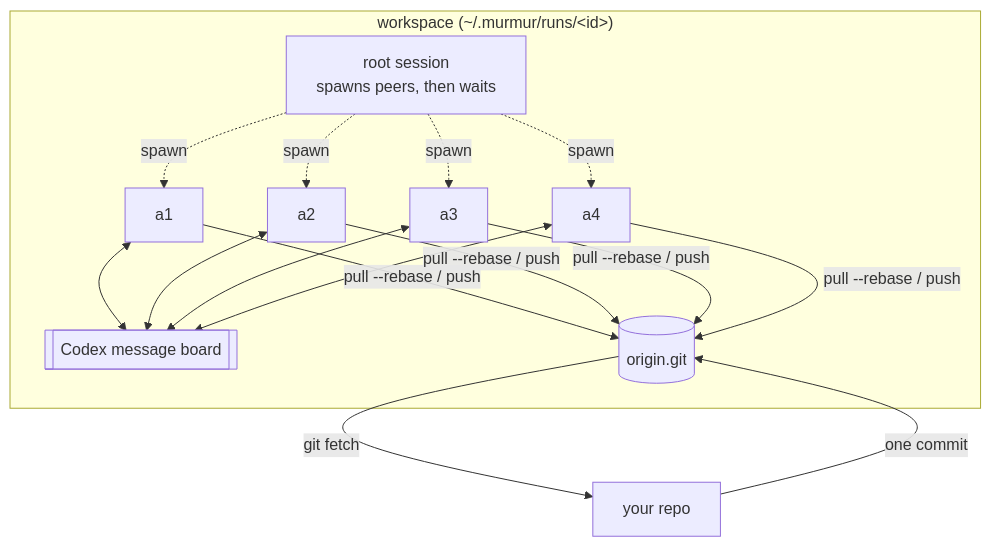
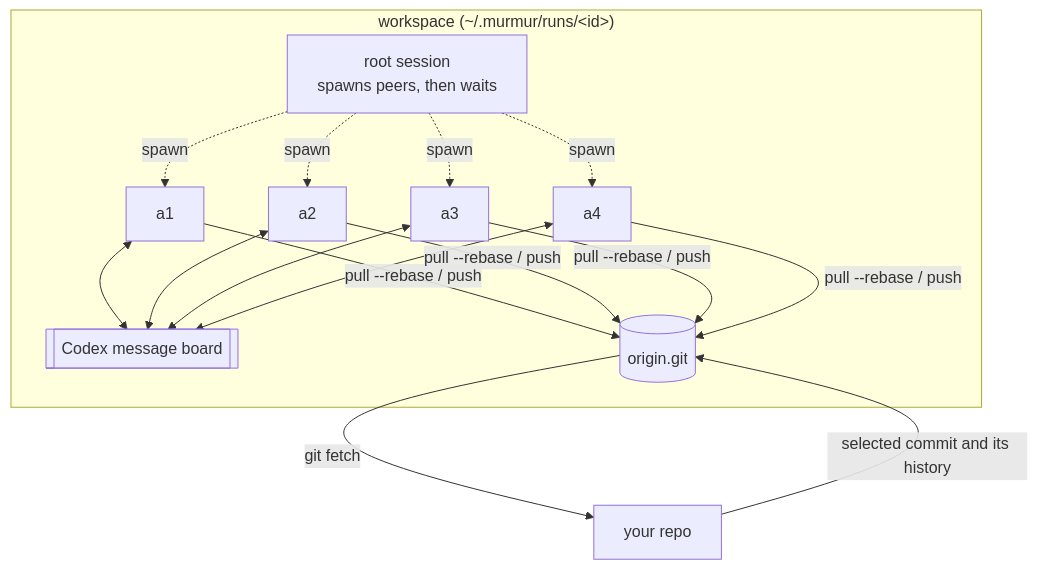
The diagram in README.md (yctimlin/murmur), drawn with Mermaid before and after one commit. The commit also changed other lines of this file and 29 other files, not shown here.

````diff
--- a/README.md
+++ b/README.md
@@ -18,14 +18,14 @@
 ```mermaid
 flowchart TB
   subgraph ws["workspace (~/.murmur/runs/&lt;id&gt;)"]
     R[root session<br/>spawns peers, then waits]
     B[[Codex message board]]
     A1[a1] & A2[a2] & A3[a3] & A4[a4]
     O[(origin.git)]
     R -. spawn .-> A1 & A2 & A3 & A4
     A1 & A2 & A3 & A4 <--> B
     A1 & A2 & A3 & A4 -- "pull --rebase / push" --> O
   end
-  U[your repo] -- "one commit" --> O
+  U[your repo] -- "selected commit and its history" --> O
   O -- "git fetch" --> U
 ```
````
